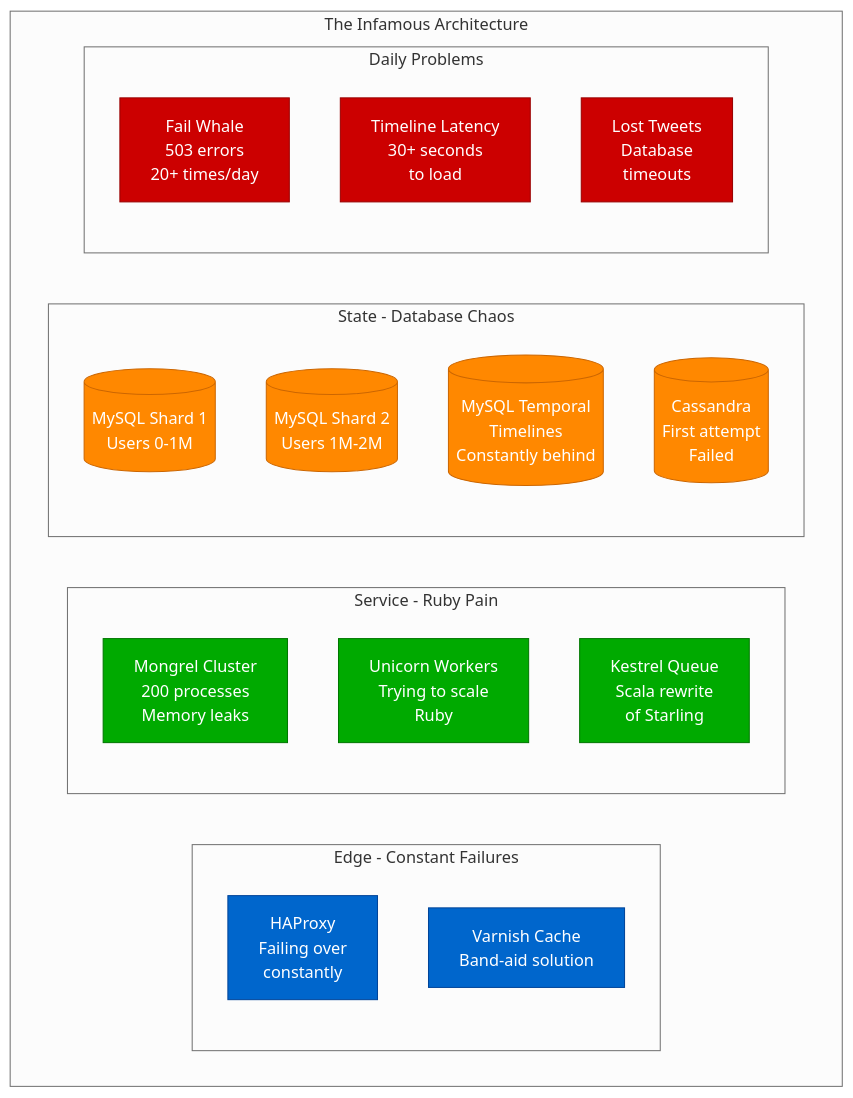
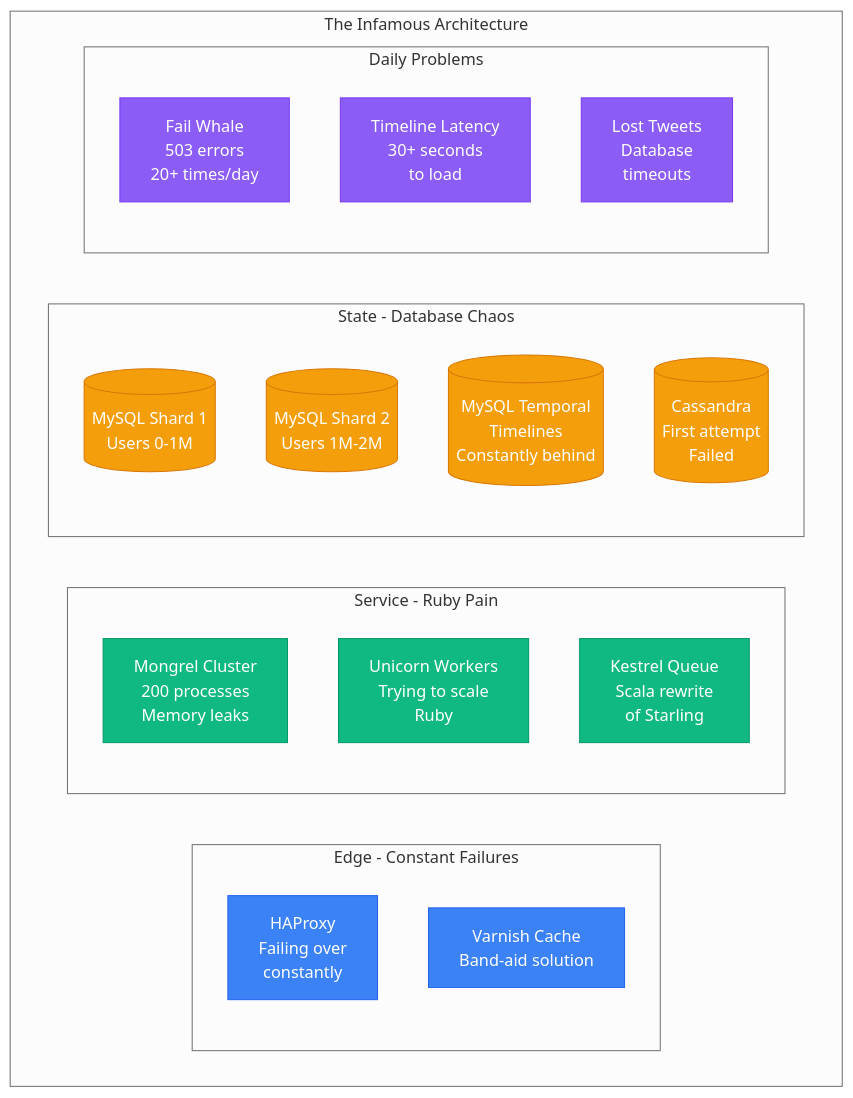
The third of 7 diagrams in site/docs/scaling/twitter-scale-journey.md (deepaucksharma/DS), drawn with Mermaid (neutral theme) before and after one commit. The commit also changed other lines of this file and 303 other files, not shown here.

````diff
--- a/site/docs/scaling/twitter-scale-journey.md
+++ b/site/docs/scaling/twitter-scale-journey.md
@@ -98,39 +98,39 @@
 ```mermaid
 graph TB
     subgraph FailWhale[The Infamous Architecture]
         subgraph Edge[Edge - Constant Failures]
             HAPROXY[HAProxy<br/>Failing over<br/>constantly]
             VARNISH[Varnish Cache<br/>Band-aid solution]
         end
 
         subgraph Service[Service - Ruby Pain]
             MONGREL[Mongrel Cluster<br/>200 processes<br/>Memory leaks]
             UNICORN[Unicorn Workers<br/>Trying to scale<br/>Ruby]
             KESTREL[Kestrel Queue<br/>Scala rewrite<br/>of Starling]
         end
 
         subgraph State[State - Database Chaos]
             MYSQL_SHARD1[(MySQL Shard 1<br/>Users 0-1M)]
             MYSQL_SHARD2[(MySQL Shard 2<br/>Users 1M-2M)]
             MYSQL_TEMPORAL[(MySQL Temporal<br/>Timelines<br/>Constantly behind)]
             CASSANDRA[(Cassandra<br/>First attempt<br/>Failed)]
         end
 
         subgraph Problems[Daily Problems]
             WHALE[Fail Whale<br/>503 errors<br/>20+ times/day]
             LATENCY[Timeline Latency<br/>30+ seconds<br/>to load]
             LOST[Lost Tweets<br/>Database<br/>timeouts]
         end
     end
 
     %% Apply colors
-    classDef edgeStyle fill:#0066CC,stroke:#004499,color:#fff
-    classDef serviceStyle fill:#00AA00,stroke:#007700,color:#fff
-    classDef stateStyle fill:#FF8800,stroke:#CC6600,color:#fff
-    classDef problemStyle fill:#CC0000,stroke:#990000,color:#fff
+    classDef edgeStyle fill:#3B82F6,stroke:#2563EB,color:#fff
+    classDef serviceStyle fill:#10B981,stroke:#059669,color:#fff
+    classDef stateStyle fill:#F59E0B,stroke:#D97706,color:#fff
+    classDef problemStyle fill:#8B5CF6,stroke:#7C3AED,color:#fff
 
     class HAPROXY,VARNISH edgeStyle
     class MONGREL,UNICORN,KESTREL serviceStyle
     class MYSQL_SHARD1,MYSQL_SHARD2,MYSQL_TEMPORAL,CASSANDRA stateStyle
     class WHALE,LATENCY,LOST problemStyle
 ```
````
